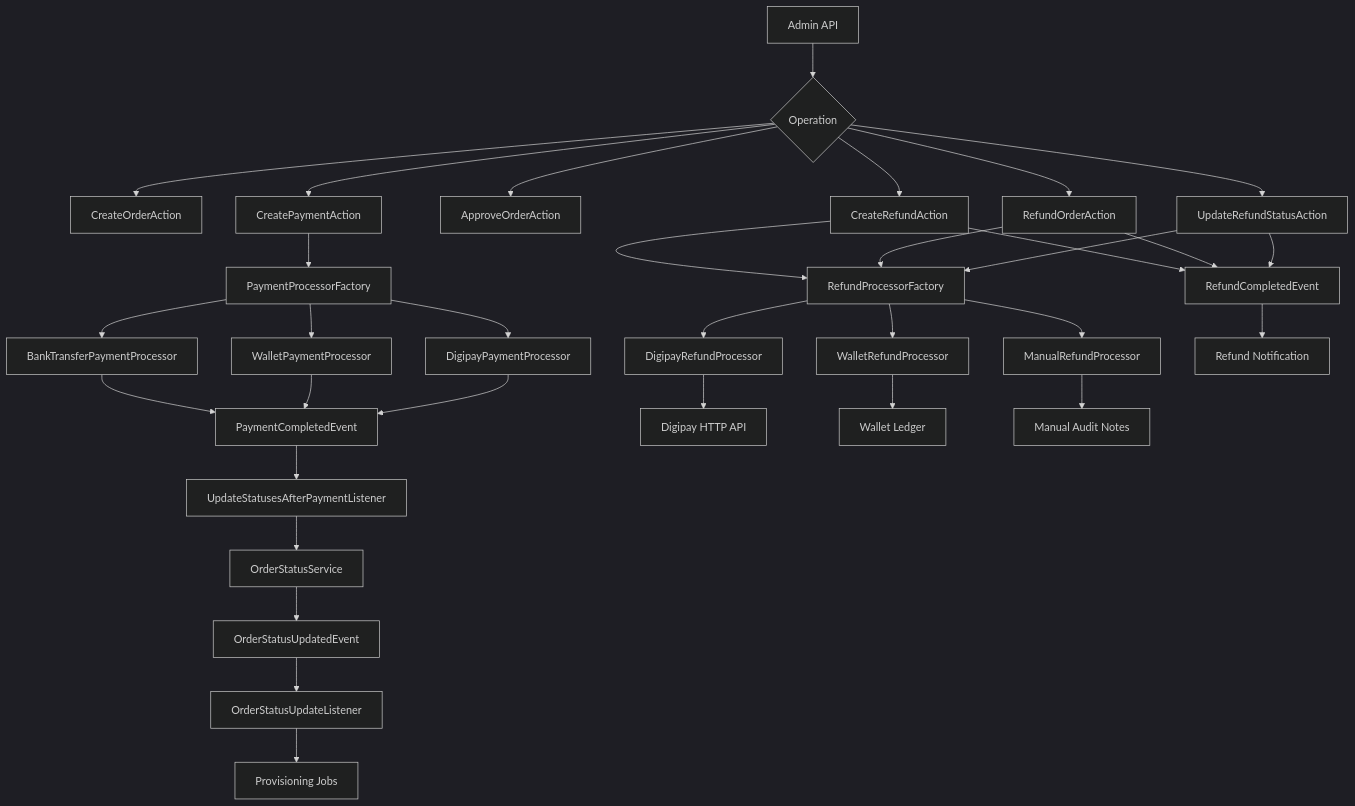
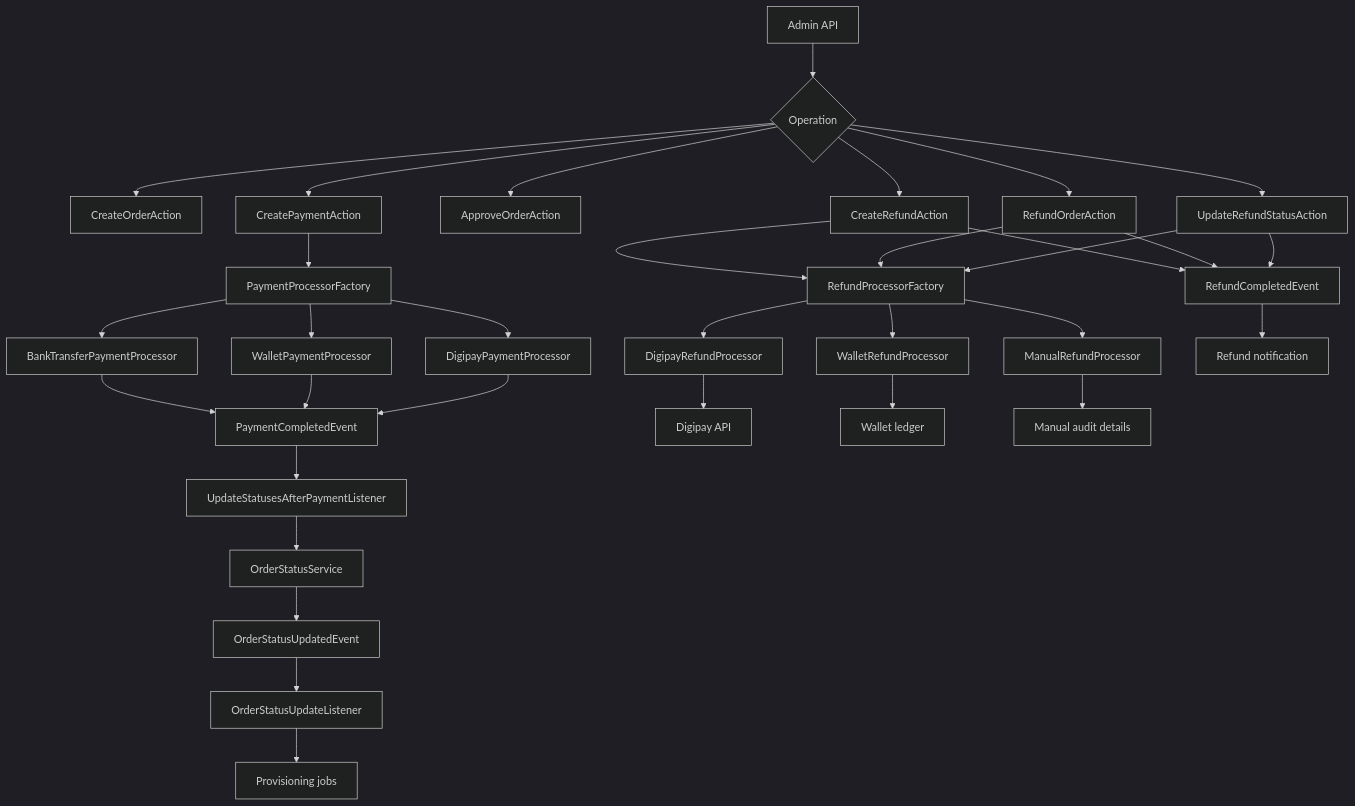
The first of 3 diagrams in docs/Architecture/Admin-Order-Management.md (SaeidSharafi/JeduApi), drawn with Mermaid (dark theme) before and after one commit. The commit also changed other lines of this file and 26 other files, not shown here.

First line of the commit message:
docs: consolidate architecture documentation

````diff
--- a/docs/Architecture/Admin-Order-Management.md
+++ b/docs/Architecture/Admin-Order-Management.md
@@ -17,41 +11,41 @@
 ```mermaid
 flowchart TB
     A[Admin API] --> B{Operation}
 
     B --> O1[CreateOrderAction]
     B --> O2[CreatePaymentAction]
     B --> O3[ApproveOrderAction]
     B --> R1[CreateRefundAction]
     B --> R2[RefundOrderAction]
     B --> R3[UpdateRefundStatusAction]
 
     O2 --> PPF[PaymentProcessorFactory]
     PPF --> BP[BankTransferPaymentProcessor]
     PPF --> WP[WalletPaymentProcessor]
     PPF --> DP[DigipayPaymentProcessor]
 
     BP --> PCE[PaymentCompletedEvent]
     WP --> PCE
     DP --> PCE
     PCE --> UPS[UpdateStatusesAfterPaymentListener]
     UPS --> OSS[OrderStatusService]
     OSS --> OSE[OrderStatusUpdatedEvent]
     OSE --> OSL[OrderStatusUpdateListener]
-    OSL --> PJ[Provisioning Jobs]
+    OSL --> PJ[Provisioning jobs]
 
     R1 --> RPF[RefundProcessorFactory]
     R2 --> RPF
     R3 --> RPF
     RPF --> DRP[DigipayRefundProcessor]
     RPF --> WRP[WalletRefundProcessor]
     RPF --> MRP[ManualRefundProcessor]
 
-    DRP --> DG[Digipay HTTP API]
-    WRP --> WL[Wallet Ledger]
-    MRP --> MA[Manual Audit Notes]
+    DRP --> DG[Digipay API]
+    WRP --> WL[Wallet ledger]
+    MRP --> MA[Manual audit details]
 
     R1 --> RCE[RefundCompletedEvent]
     R2 --> RCE
     R3 --> RCE
-    RCE --> RN[Refund Notification]
+    RCE --> RN[Refund notification]
 ```
````
